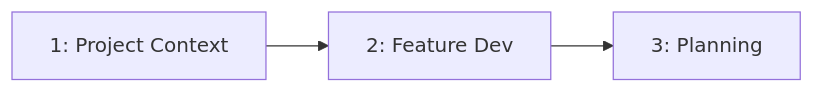
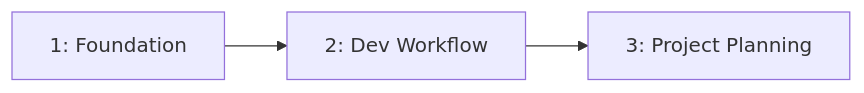
The diagram in content/modules/README.md (SergiuSavva/ai-context-docs-lifecycle), drawn with Mermaid before and after one commit. The commit also changed other lines of this file and 69 other files, not shown here.

````diff
--- a/content/modules/README.md
+++ b/content/modules/README.md
@@ -21,5 +21,5 @@
 ```mermaid
 graph LR
-    M1["1: Project Context"] --> M2["2: Feature Dev"]
-    M2 --> M3["3: Planning"]
+    M1["1: Foundation"] --> M2["2: Dev Workflow"]
+    M2 --> M3["3: Project Planning"]
 ```
````
